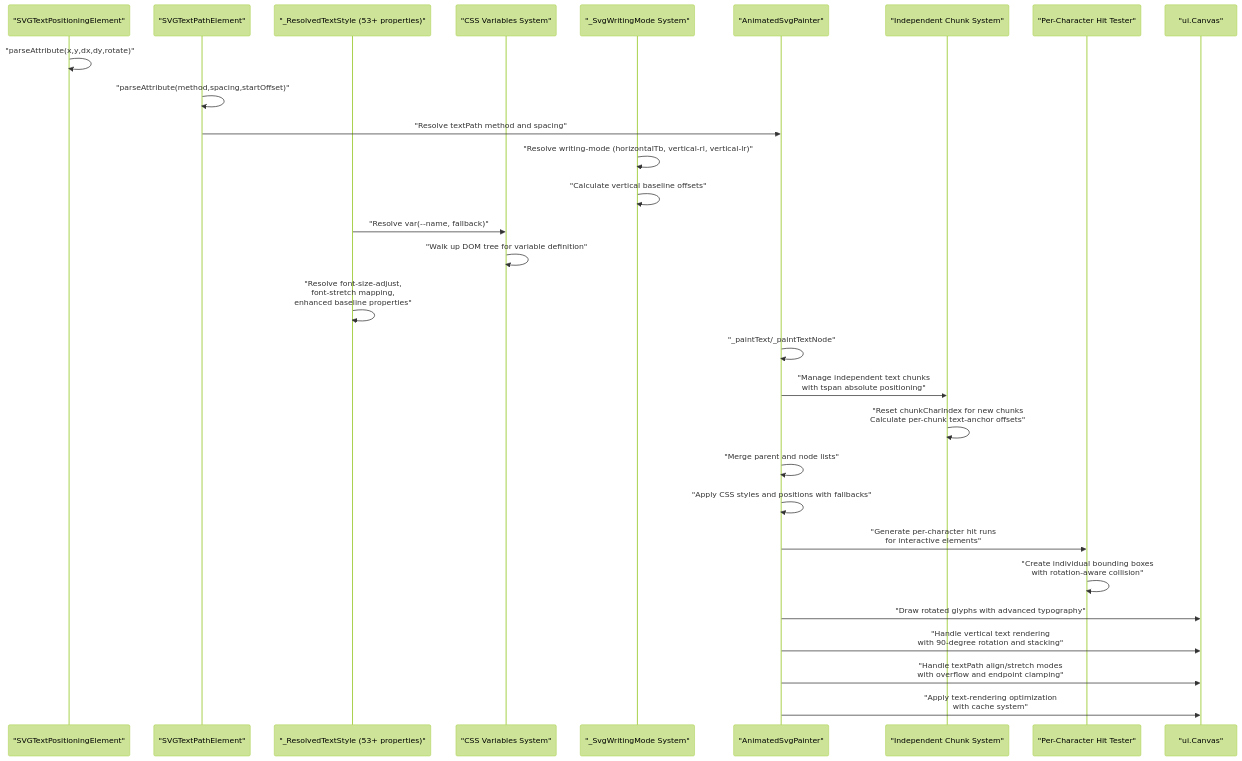
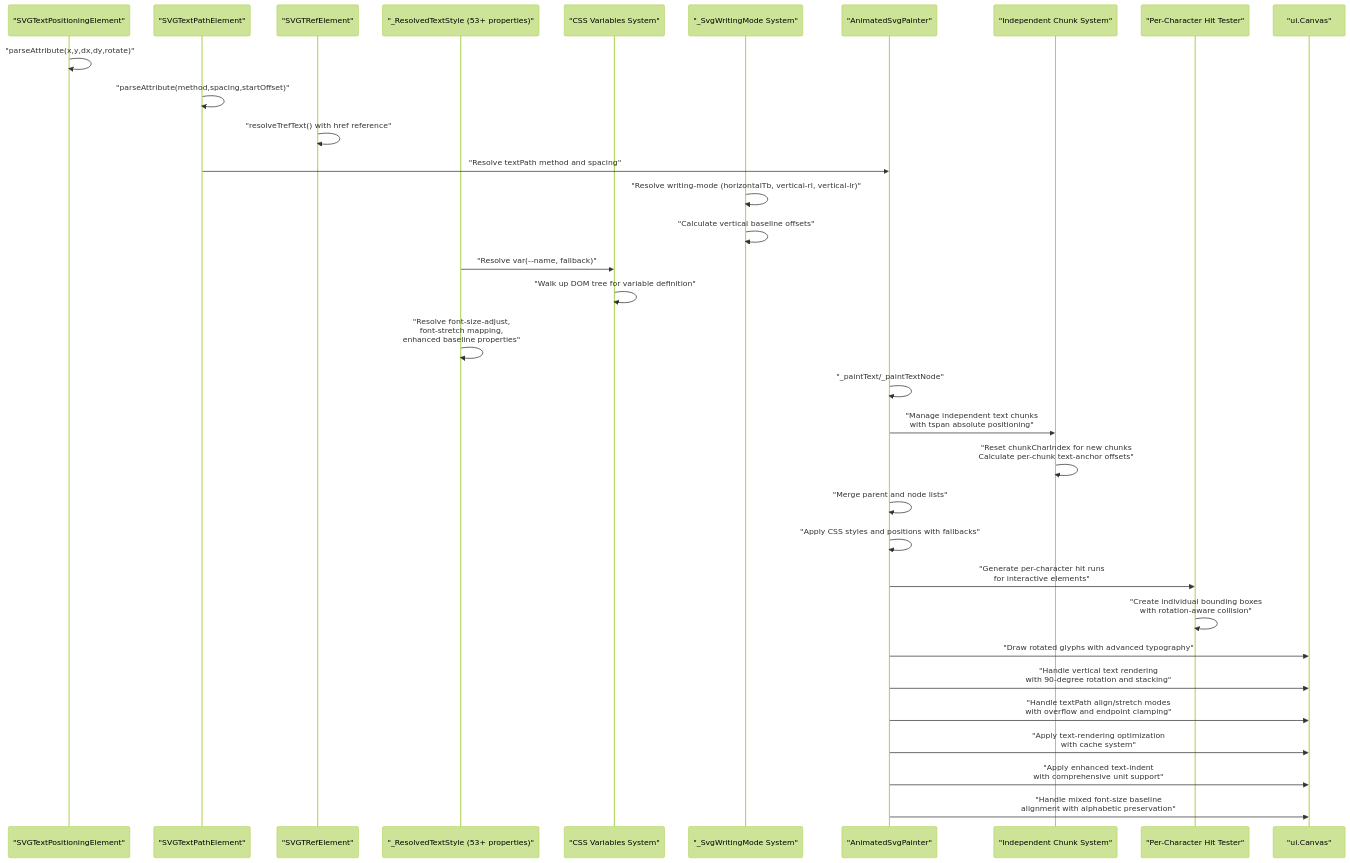
The second of 5 diagrams in .qoder/repowiki/en/content/Animated SVG Support/Text Positioning Attributes.md (denisnadey/flutter_full_svg_support), drawn with Mermaid (forest theme) before and after one commit. The commit also changed other lines of this file and 20 other files, not shown here.

First line of the commit message:
feat(svg): implement comprehensive event handling with pointer and gesture support

````diff
--- a/.qoder/repowiki/en/content/Animated SVG Support/Text Positioning Attributes.md
+++ b/.qoder/repowiki/en/content/Animated SVG Support/Text Positioning Attributes.md
@@ -218,31 +233,35 @@
 ```mermaid
 sequenceDiagram
 participant Parser as "SVGTextPositioningElement"
 participant TextPath as "SVGTextPathElement"
+participant TRef as "SVGTRefElement"
 participant CSSResolver as "_ResolvedTextStyle (53+ properties)"
 participant CSSVars as "CSS Variables System"
 participant Writer as "_SvgWritingMode System"
 participant Renderer as "AnimatedSvgPainter"
 participant ChunkSystem as "Independent Chunk System"
 participant HitTester as "Per-Character Hit Tester"
 participant Canvas as "ui.Canvas"
 Parser->>Parser : "parseAttribute(x,y,dx,dy,rotate)"
 TextPath->>TextPath : "parseAttribute(method,spacing,startOffset)"
+TRef->>TRef : "resolveTrefText() with href reference"
 TextPath->>Renderer : "Resolve textPath method and spacing"
 Writer->>Writer : "Resolve writing-mode (horizontalTb, vertical-rl, vertical-lr)"
 Writer->>Writer : "Calculate vertical baseline offsets"
 CSSResolver->>CSSVars : "Resolve var(--name, fallback)"
 CSSVars->>CSSVars : "Walk up DOM tree for variable definition"
 CSSResolver->>CSSResolver : "Resolve font-size-adjust,<br/>font-stretch mapping,<br/>enhanced baseline properties"
 Renderer->>Renderer : "_paintText/_paintTextNode"
 Renderer->>ChunkSystem : "Manage independent text chunks<br/>with tspan absolute positioning"
 ChunkSystem->>ChunkSystem : "Reset chunkCharIndex for new chunks<br/>Calculate per-chunk text-anchor offsets"
 Renderer->>Renderer : "Merge parent and node lists"
 Renderer->>Renderer : "Apply CSS styles and positions with fallbacks"
 Renderer->>HitTester : "Generate per-character hit runs<br/>for interactive elements"
 HitTester->>HitTester : "Create individual bounding boxes<br/>with rotation-aware collision"
 Renderer->>Canvas : "Draw rotated glyphs with advanced typography"
 Renderer->>Canvas : "Handle vertical text rendering<br/>with 90-degree rotation and stacking"
 Renderer->>Canvas : "Handle textPath align/stretch modes<br/>with overflow and endpoint clamping"
 Renderer->>Canvas : "Apply text-rendering optimization<br/>with cache system"
+Renderer->>Canvas : "Apply enhanced text-indent<br/>with comprehensive unit support"
+Renderer->>Canvas : "Handle mixed font-size baseline<br/>alignment with alphabetic preservation"
 ```
````
